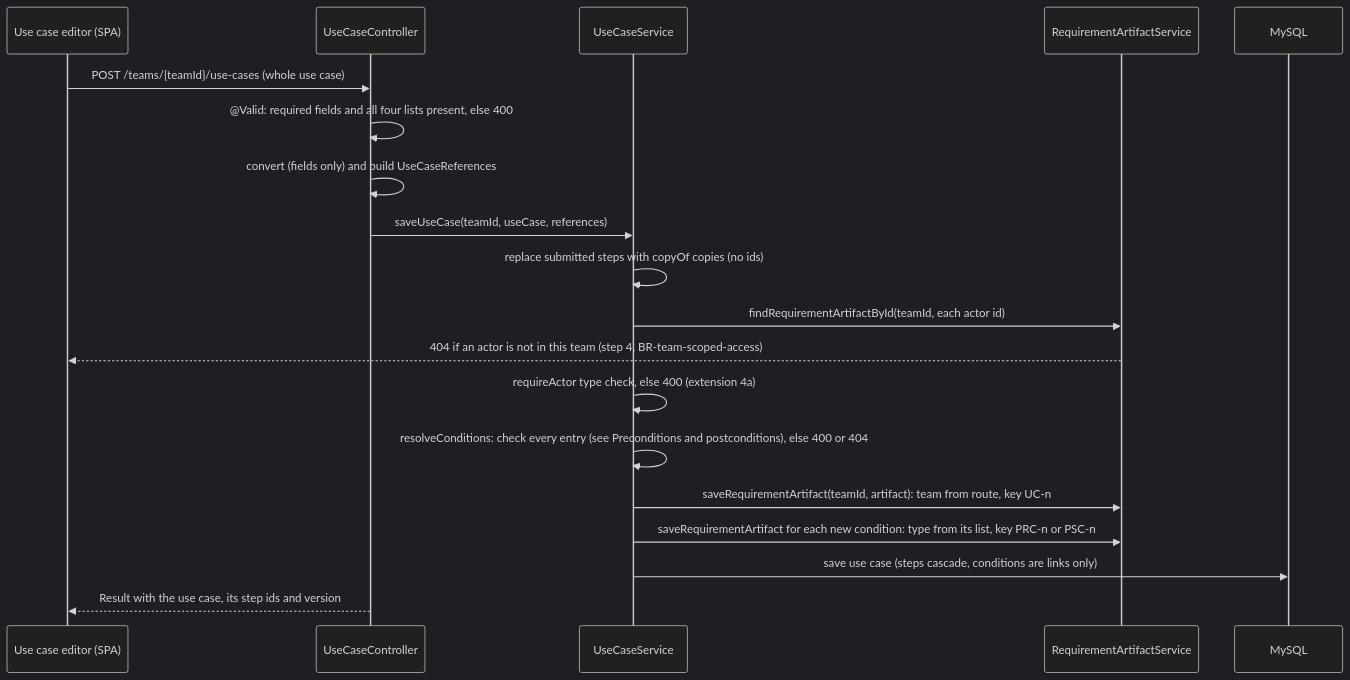
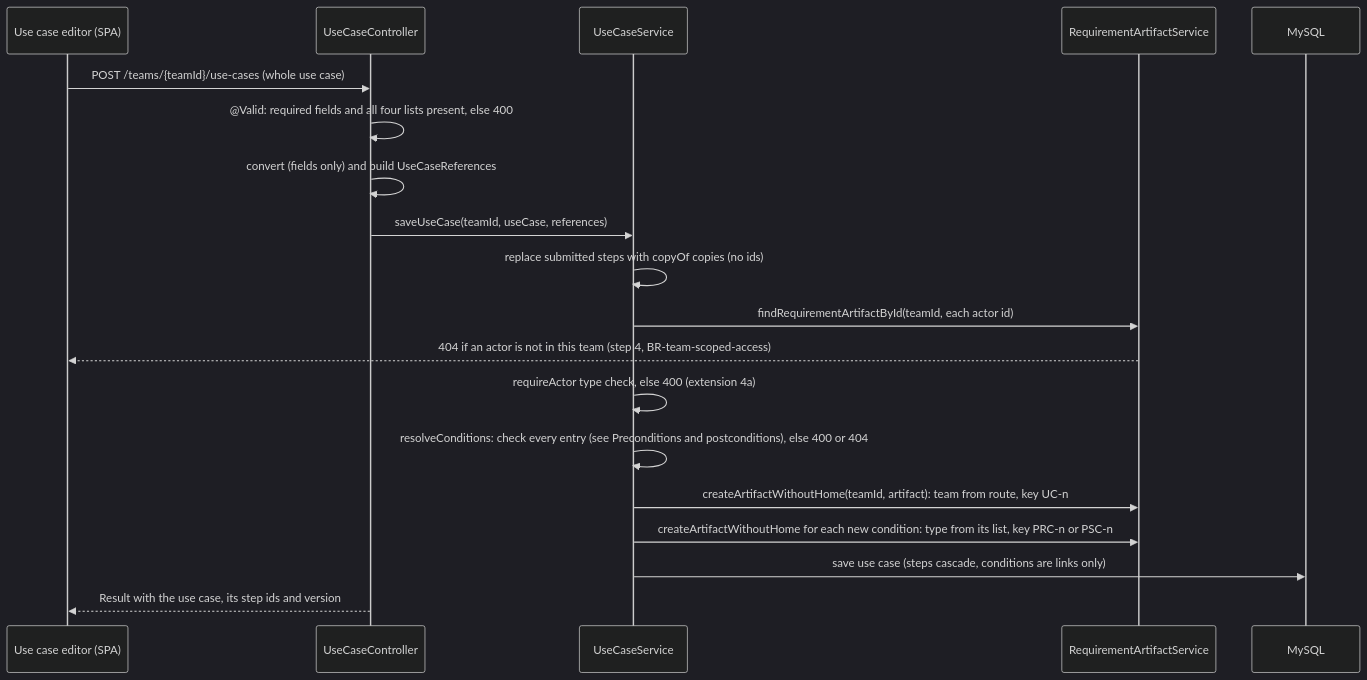
The second of 8 diagrams in docs/design/doc.md (Washingtonwei/project-pulse), drawn with Mermaid (dark theme) before and after one commit. The commit also changed other lines of this file and 7 other files, not shown here.

First line of the commit message:
Rename saveRequirementArtifact to createArtifactWithoutHome

````diff
--- a/docs/design/doc.md
+++ b/docs/design/doc.md
@@ -146,21 +146,21 @@
 ```mermaid
 sequenceDiagram
     participant E as Use case editor (SPA)
     participant C as UseCaseController
     participant S as UseCaseService
     participant R as RequirementArtifactService
     participant DB as MySQL
     E->>C: POST /teams/{teamId}/use-cases (whole use case)
     C->>C: @Valid: required fields and all four lists present, else 400
     C->>C: convert (fields only) and build UseCaseReferences
     C->>S: saveUseCase(teamId, useCase, references)
     S->>S: replace submitted steps with copyOf copies (no ids)
     S->>R: findRequirementArtifactById(teamId, each actor id)
     R-->>E: 404 if an actor is not in this team (step 4, BR-team-scoped-access)
     S->>S: requireActor type check, else 400 (extension 4a)
     S->>S: resolveConditions: check every entry (see Preconditions and postconditions), else 400 or 404
-    S->>R: saveRequirementArtifact(teamId, artifact): team from route, key UC-n
-    S->>R: saveRequirementArtifact for each new condition: type from its list, key PRC-n or PSC-n
+    S->>R: createArtifactWithoutHome(teamId, artifact): team from route, key UC-n
+    S->>R: createArtifactWithoutHome for each new condition: type from its list, key PRC-n or PSC-n
     S->>DB: save use case (steps cascade, conditions are links only)
     C-->>E: Result with the use case, its step ids and version
 ```
````
